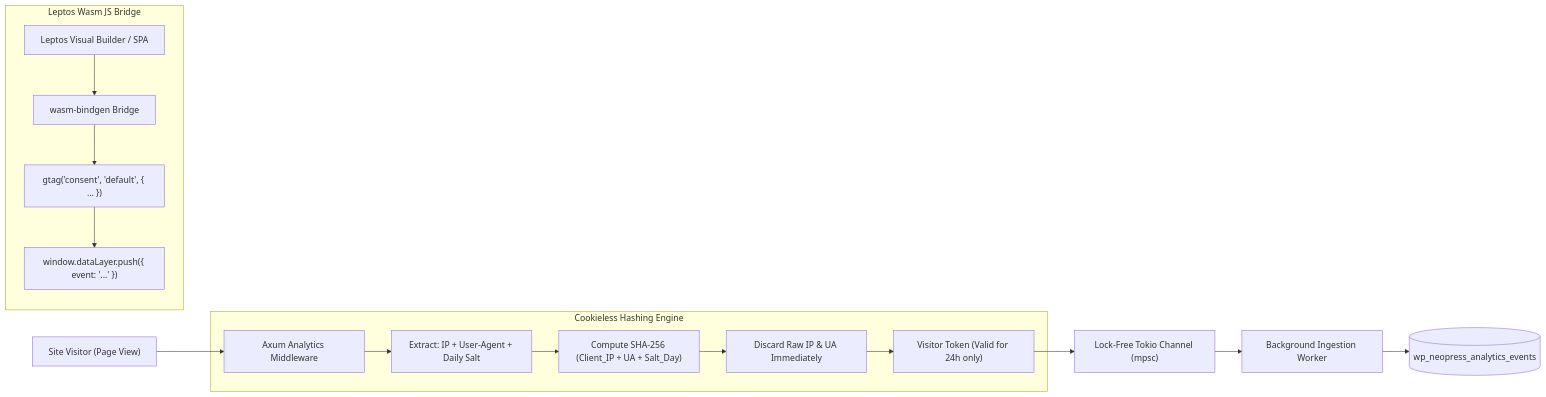
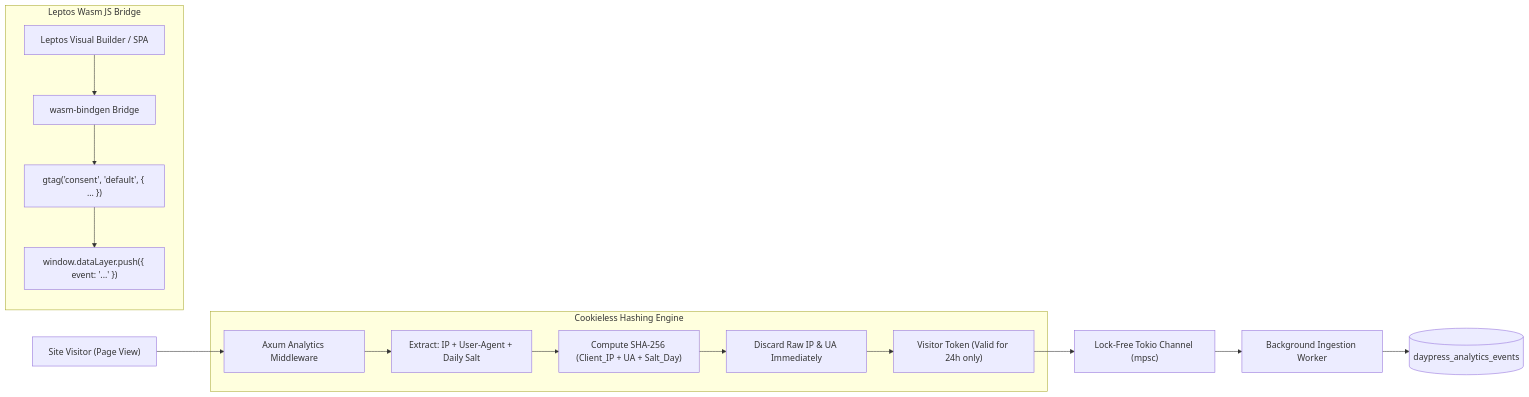
The sixth of 10 diagrams in ARCHITECTURE.md (Trooper-lab/Daypress), drawn with Mermaid before and after one commit. The commit also changed other lines of this file and 704 other files, not shown here.

First line of the commit message:
feat!: rebrand Neopress to Daypress (#4)

````diff
--- a/ARCHITECTURE.md
+++ b/ARCHITECTURE.md
@@ -500,21 +500,21 @@
 ```mermaid
 flowchart LR
     Visitor["Site Visitor (Page View)"] --> Axum["Axum Analytics Middleware"]
     
     subgraph PrivacyEngine ["Cookieless Hashing Engine"]
         Axum --> Extract["Extract: IP + User-Agent + Daily Salt"]
         Extract --> Hash["Compute SHA-256 (Client_IP + UA + Salt_Day)"]
         Hash --> Discard["Discard Raw IP & UA Immediately"]
         Discard --> VisitorID["Visitor Token (Valid for 24h only)"]
     end
 
     VisitorID --> Channel["Lock-Free Tokio Channel (mpsc)"]
     Channel --> Worker["Background Ingestion Worker"]
-    Worker --> SQLiteTable[("wp_neopress_analytics_events")]
+    Worker --> SQLiteTable[("daypress_analytics_events")]
 
     subgraph GTMBridge ["Leptos Wasm JS Bridge"]
         LeptosBuilder["Leptos Visual Builder / SPA"] --> JSBridge["wasm-bindgen Bridge"]
         JSBridge --> Consent["gtag('consent', 'default', { ... })"]
         Consent --> DataLayer["window.dataLayer.push({ event: '...' })"]
     end
 ```
````
